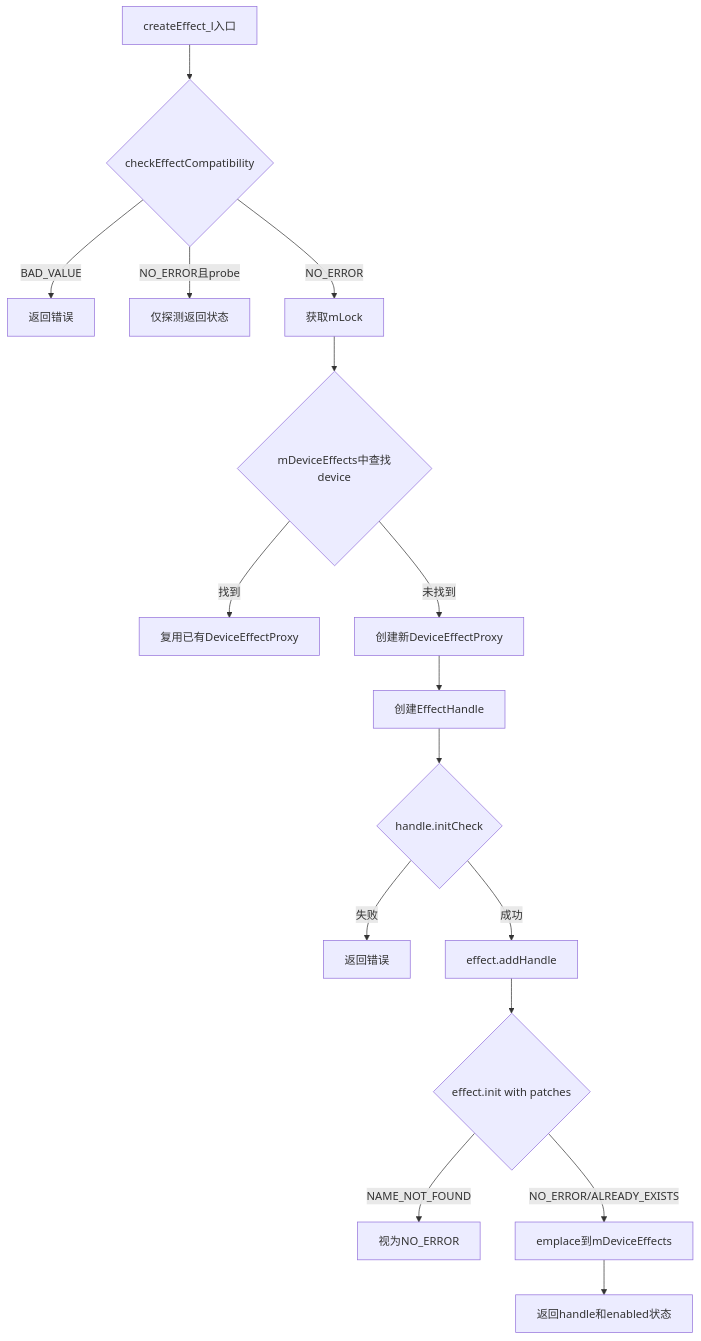
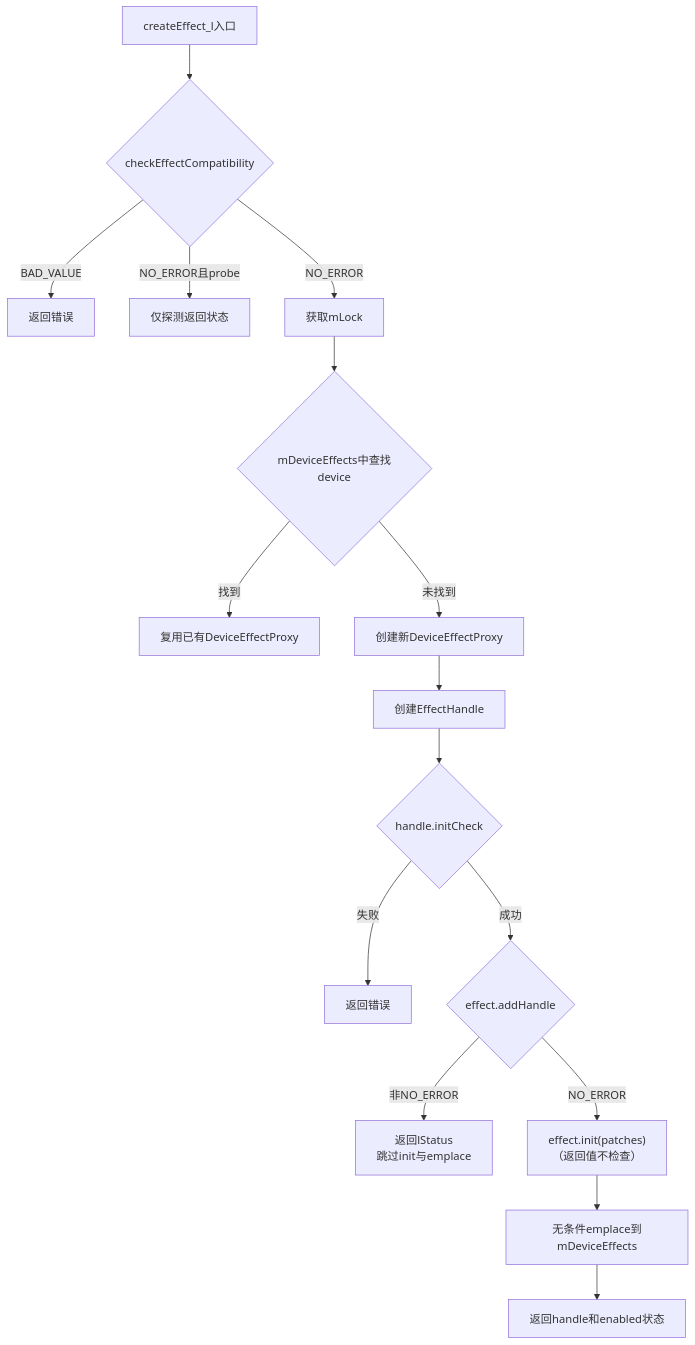
The second of 3 diagrams in 05_AudioFlinger/05_5.12_DeviceEffectManager-设备级音效管理.md (yanglinzhen1022/SA8295_AAOS_QNX_Audio_KnowledgeBase), drawn with Mermaid before and after one commit. The commit also changed other lines of this file and 5 other files, not shown here.

````diff
--- a/05_AudioFlinger/05_5.12_DeviceEffectManager-设备级音效管理.md
+++ b/05_AudioFlinger/05_5.12_DeviceEffectManager-设备级音效管理.md
@@ -92,18 +94,18 @@
 ```mermaid
 flowchart TD
     A[createEffect_l入口] --> B{checkEffectCompatibility}
     B -->|BAD_VALUE| C[返回错误]
     B -->|NO_ERROR且probe| D[仅探测返回状态]
     B -->|NO_ERROR| E[获取mLock]
     E --> F{mDeviceEffects中查找device}
     F -->|找到| G[复用已有DeviceEffectProxy]
     F -->|未找到| H[创建新DeviceEffectProxy]
     H --> I[创建EffectHandle]
     I --> J{handle.initCheck}
     J -->|失败| K[返回错误]
-    J -->|成功| L[effect.addHandle]
-    L --> M{effect.init with patches}
-    M -->|NAME_NOT_FOUND| N[视为NO_ERROR]
-    M -->|NO_ERROR/ALREADY_EXISTS| O[emplace到mDeviceEffects]
+    J -->|成功| L{effect.addHandle}
+    L -->|非NO_ERROR| K2[返回lStatus<br>跳过init与emplace]
+    L -->|NO_ERROR| M["effect.init(patches)<br>（返回值不检查）"]
+    M --> O[无条件emplace到mDeviceEffects]
     O --> P[返回handle和enabled状态]
 ```
````
